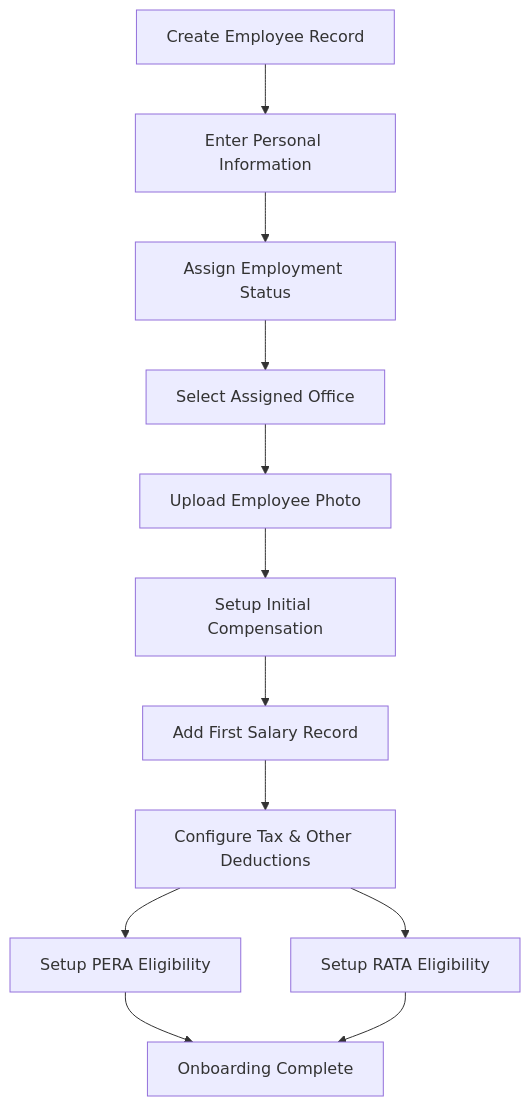
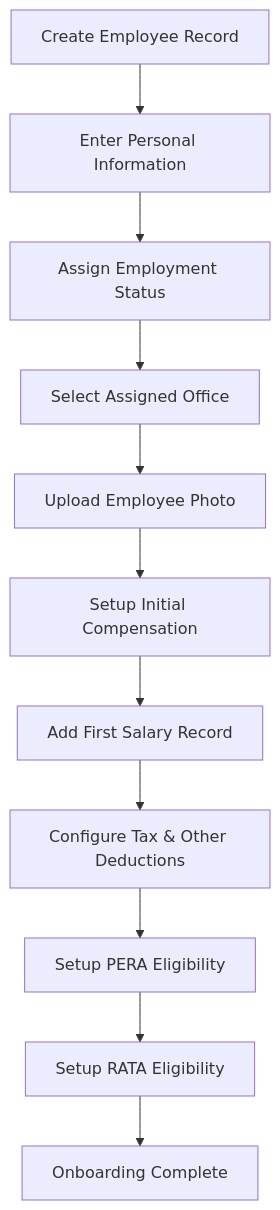
Before and after one commit to vincet0t15/template: diagram 17 of 24 in .qoder/repowiki/en/content/Employee Management/Employee Compensation Management.md, drawn with Mermaid. The commit also changed other lines of this file and 6 other files, not shown here.

````diff
--- a/.qoder/repowiki/en/content/Employee Management/Employee Compensation Management.md
+++ b/.qoder/repowiki/en/content/Employee Management/Employee Compensation Management.md
@@ -784,14 +1127,13 @@
 ```mermaid
 flowchart TD
 CreateEmployee["Create Employee Record"] --> SetBasicInfo["Enter Personal Information"]
 SetBasicInfo --> AssignStatus["Assign Employment Status"]
 AssignStatus --> SelectOffice["Select Assigned Office"]
 SelectOffice --> UploadPhoto["Upload Employee Photo"]
 UploadPhoto --> SetupCompensation["Setup Initial Compensation"]
 SetupCompensation --> AddSalary["Add First Salary Record"]
 AddSalary --> ConfigureDeductions["Configure Tax & Other Deductions"]
 ConfigureDeductions --> SetupPerf["Setup PERA Eligibility"]
-ConfigureDeductions --> SetupRata["Setup RATA Eligibility"]
-SetupPerf --> CompleteOnboarding["Onboarding Complete"]
-SetupRata --> CompleteOnboarding
+SetupPerf --> SetupRata["Setup RATA Eligibility"]
+SetupRata --> CompleteOnboarding["Onboarding Complete"]
 ```
````
